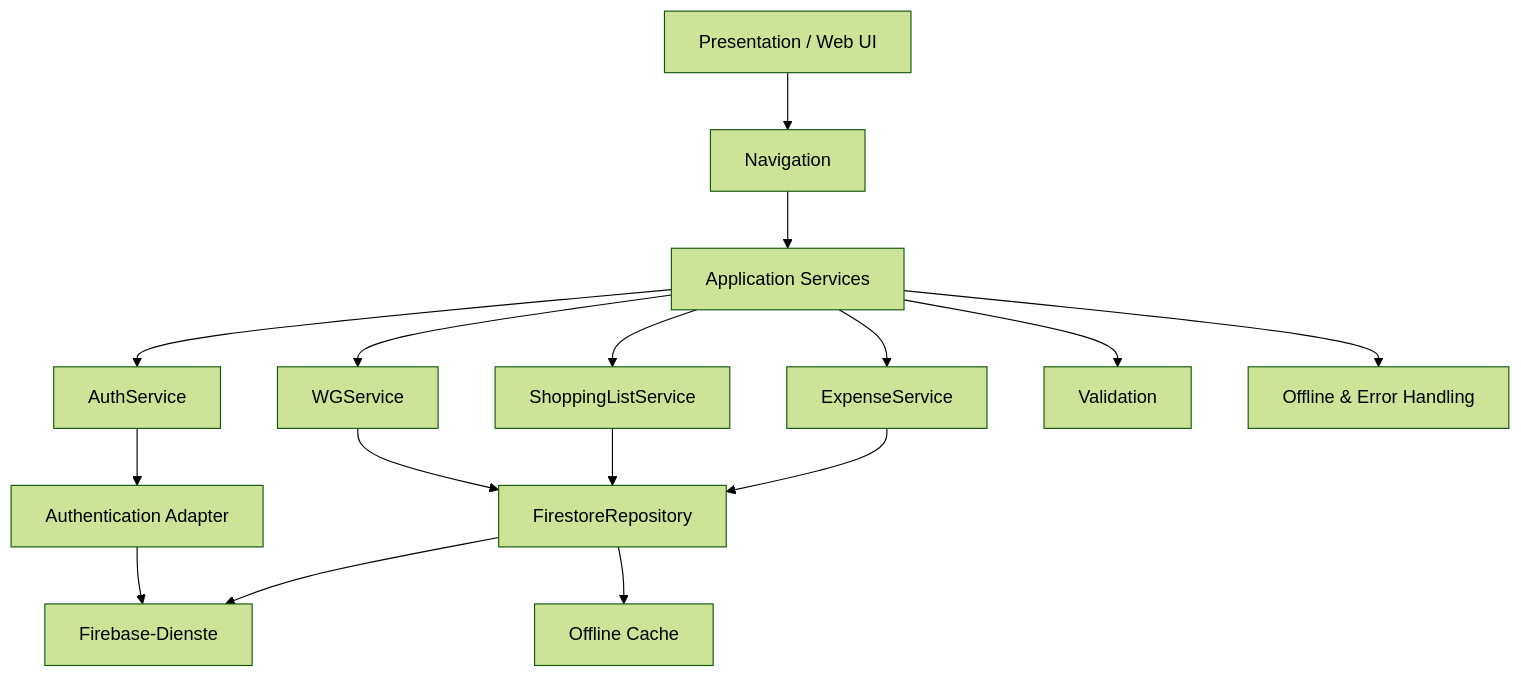
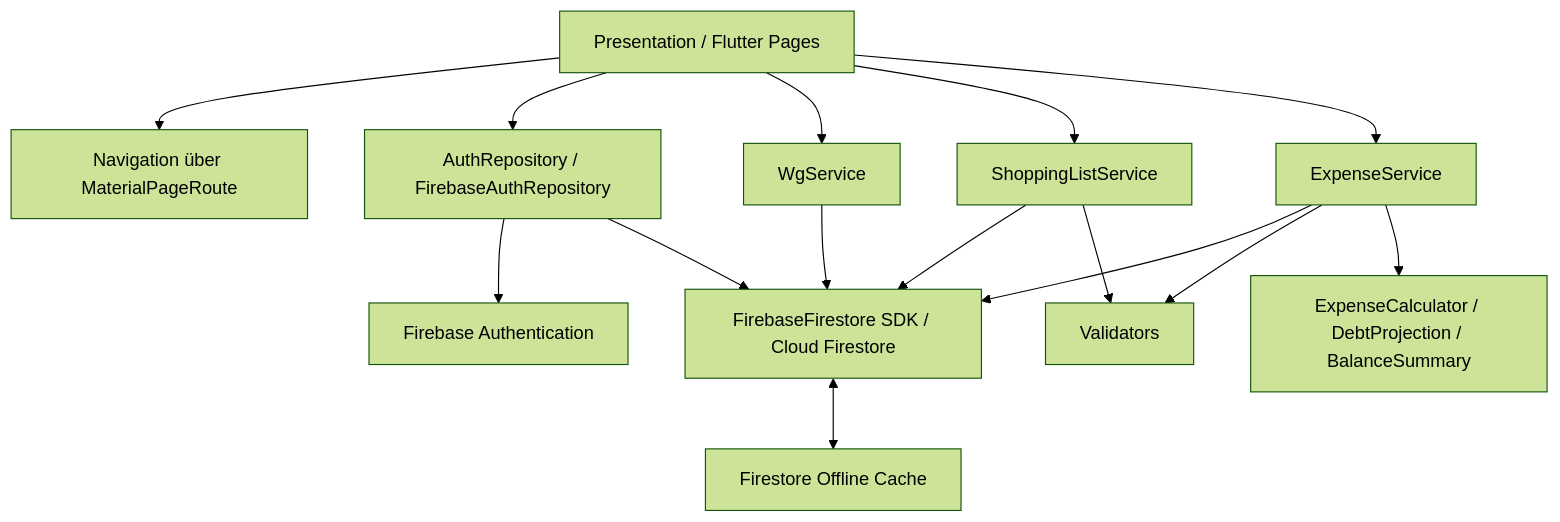
Before and after one commit to Viny005/wg-shopsync: the diagram in docs/arch/A05-bausteinsicht.md, drawn with Mermaid (forest theme). The commit also changed other lines of this file and 25 other files, not shown here.

````diff
--- a/docs/arch/A05-bausteinsicht.md
+++ b/docs/arch/A05-bausteinsicht.md
@@ -5,37 +5,37 @@
 ```mermaid
 flowchart TB
-    UI[Presentation / Web UI]
-    NAV[Navigation]
+    UI[Presentation / Flutter Pages]
+    NAV[Navigation über MaterialPageRoute]
 
-    APP[Application Services]
-    AUTH[AuthService]
-    WG[WGService]
+    AUTH[AuthRepository / FirebaseAuthRepository]
+    WG[WgService]
     SHOP[ShoppingListService]
     EXP[ExpenseService]
-    VAL[Validation]
-    OFF[Offline & Error Handling]
 
-    ADAPTER[Authentication Adapter]
-    REPO[FirestoreRepository]
-    LOCAL[Offline Cache]
-    FIREBASE[Firebase-Dienste]
+    VAL[Validators]
+    CALC[ExpenseCalculator / DebtProjection / BalanceSummary]
+
+    FBAUTH[Firebase Authentication]
+    FS[FirebaseFirestore SDK / Cloud Firestore]
+    CACHE[Firestore Offline Cache]
 
     UI --> NAV
-    NAV --> APP
 
-    APP --> AUTH
-    APP --> WG
-    APP --> SHOP
-    APP --> EXP
-    APP --> VAL
-    APP --> OFF
+    UI --> AUTH
+    UI --> WG
+    UI --> SHOP
+    UI --> EXP
 
-    AUTH --> ADAPTER
-    ADAPTER --> FIREBASE
+    AUTH --> FBAUTH
+    AUTH --> FS
 
-    WG --> REPO
-    SHOP --> REPO
-    EXP --> REPO
-    REPO --> LOCAL
-    REPO --> FIREBASE
+    WG --> FS
+    SHOP --> FS
+    EXP --> FS
+
+    SHOP --> VAL
+    EXP --> VAL
+    EXP --> CALC
+
+    FS <--> CACHE
 ```
````
